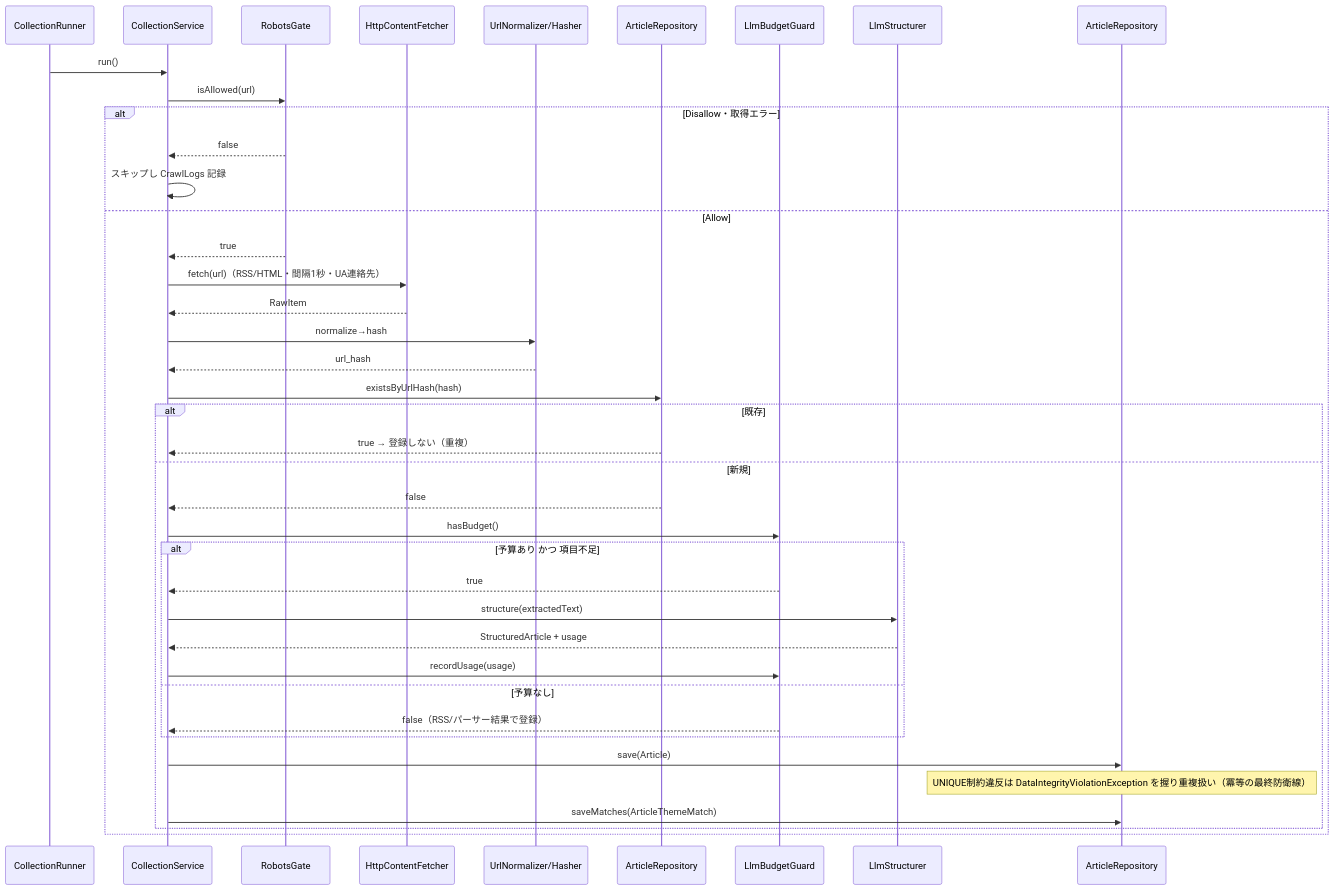
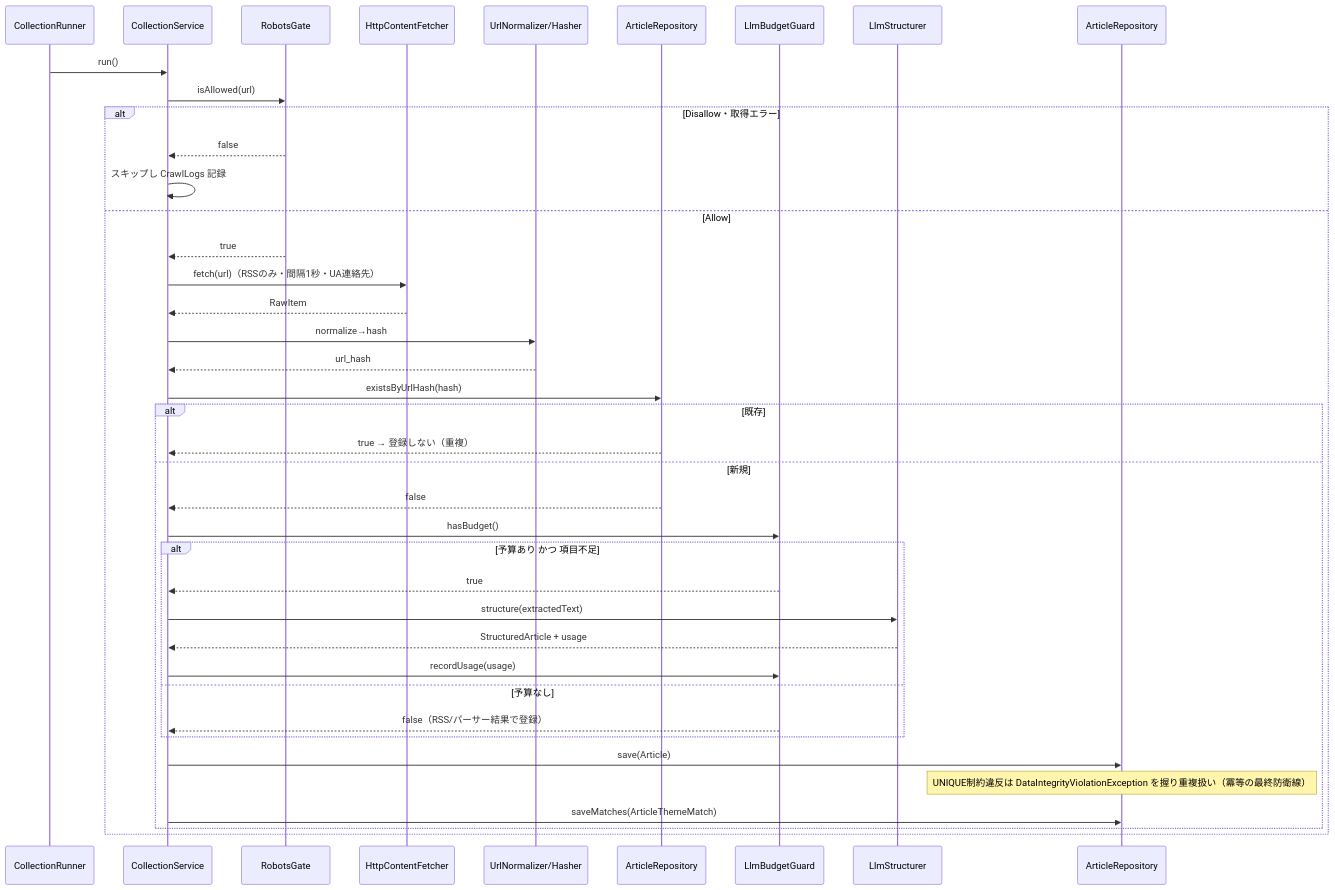
One commit to niro2ro/webapp-info-aggregator changed the first of 4 diagrams in 03_DetailedDesign/シーケンス設計書.md. Above: the diagram before and after it, drawn with Mermaid. The commit also changed other lines of this file and 23 other files, not shown here.

````diff
--- a/03_DetailedDesign/シーケンス設計書.md
+++ b/03_DetailedDesign/シーケンス設計書.md
@@ -16,42 +16,42 @@
 ```mermaid
 sequenceDiagram
     participant R as CollectionRunner
     participant CS as CollectionService
     participant RG as RobotsGate
     participant HF as HttpContentFetcher
     participant UN as UrlNormalizer/Hasher
     participant AR as ArticleRepository
     participant BG as LlmBudgetGuard
     participant LS as LlmStructurer
     participant AR2 as ArticleRepository
     R->>CS: run()
     CS->>RG: isAllowed(url)
     alt Disallow・取得エラー
         RG-->>CS: false
         CS->>CS: スキップし CrawlLogs 記録
     else Allow
         RG-->>CS: true
-        CS->>HF: fetch(url)（RSS/HTML・間隔1秒・UA連絡先）
+        CS->>HF: fetch(url)（RSSのみ・間隔1秒・UA連絡先）
         HF-->>CS: RawItem
         CS->>UN: normalize→hash
         UN-->>CS: url_hash
         CS->>AR: existsByUrlHash(hash)
         alt 既存
             AR-->>CS: true → 登録しない（重複）
         else 新規
             AR-->>CS: false
             CS->>BG: hasBudget()
             alt 予算あり かつ 項目不足
                 BG-->>CS: true
                 CS->>LS: structure(extractedText)
                 LS-->>CS: StructuredArticle + usage
                 CS->>BG: recordUsage(usage)
             else 予算なし
                 BG-->>CS: false（RSS/パーサー結果で登録）
             end
             CS->>AR2: save(Article)
             note over AR2: UNIQUE制約違反は DataIntegrityViolationException を握り重複扱い（冪等の最終防衛線）
             CS->>AR2: saveMatches(ArticleThemeMatch)
         end
     end
 ```
````
